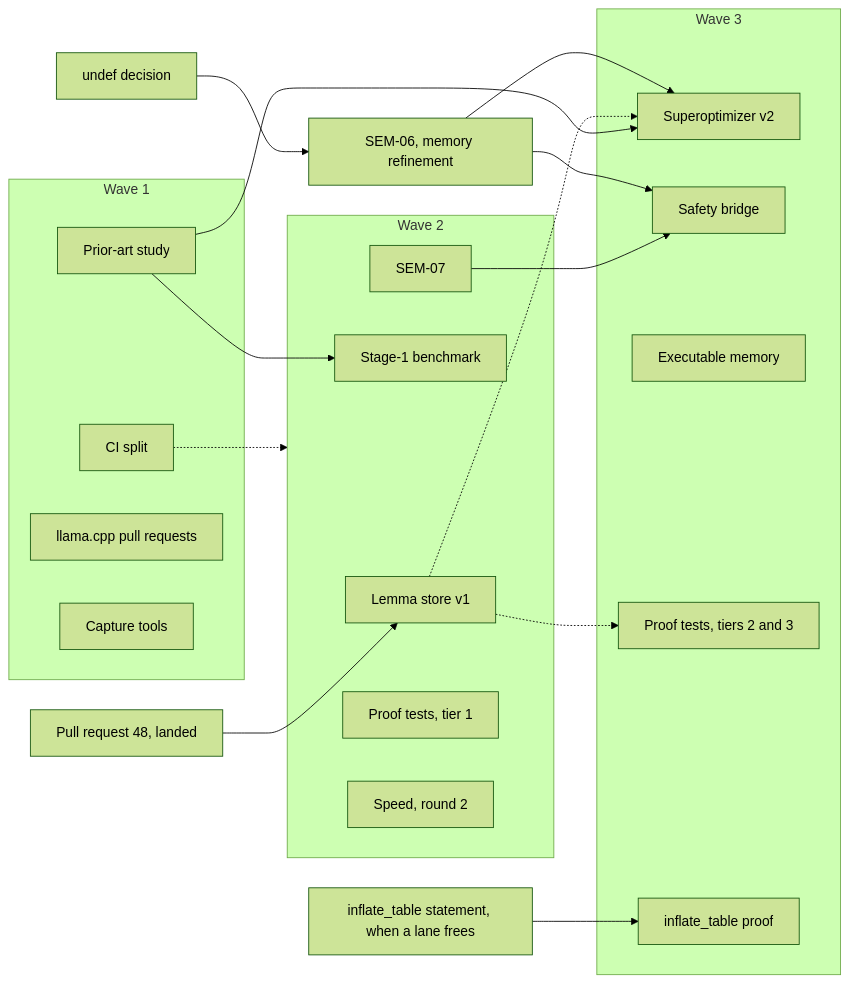
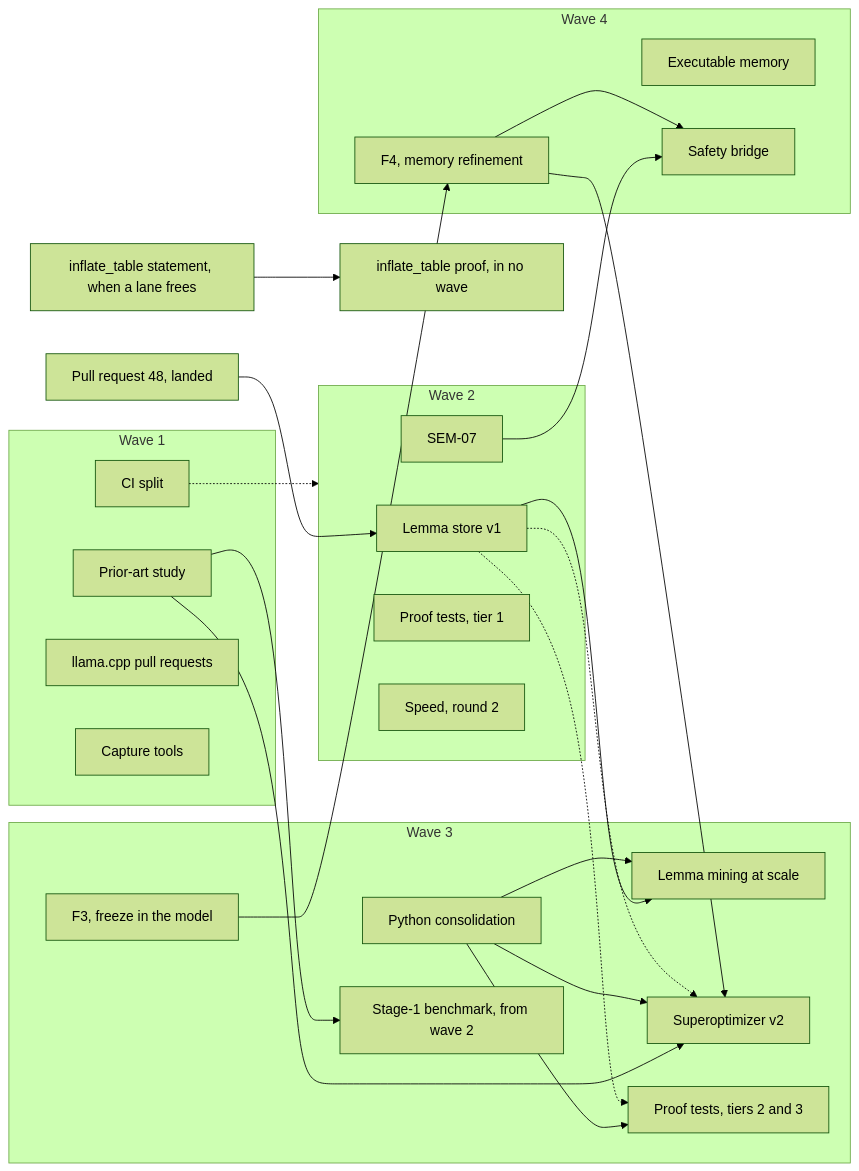
One commit to phongndo/ir-lean changed the second of 2 diagrams in docs/roadmap.md. Above: the diagram before and after it, drawn with Mermaid (forest theme). The commit also changed other lines of this file, not shown here.

Commit message:
Record the maintainer's three decisions of 2026-11-09: freeze in the model with undef kept out, the parked goal's metric, and Python as glue, with waves 3 and 4 reordered to match

````diff
--- a/docs/roadmap.md
+++ b/docs/roadmap.md
@@ -207,35 +251,45 @@
 ```mermaid
 flowchart LR
   subgraph W1[Wave 1]
     CI[CI split]
     STUDY[Prior-art study]
     RESCUE[llama.cpp pull requests]
     CAPTURE[Capture tools]
   end
   subgraph W2[Wave 2]
     STORE[Lemma store v1]
-    BENCH[Stage-1 benchmark]
     SEM07[SEM-07]
     PT1[Proof tests, tier 1]
     SPEED[Speed, round 2]
   end
   subgraph W3[Wave 3]
+    PY[Python consolidation]
+    F3[F3, freeze in the model]
+    BENCH[Stage-1 benchmark, from wave 2]
+    MINE[Lemma mining at scale]
     SO2[Superoptimizer v2]
+    PT3[Proof tests, tiers 2 and 3]
+  end
+  subgraph W4[Wave 4]
+    EXEC[Executable memory]
+    F4[F4, memory refinement]
     BRIDGE[Safety bridge]
-    EXEC[Executable memory]
-    PT3[Proof tests, tiers 2 and 3]
-    PROOF[inflate_table proof]
   end
   STMT[inflate_table statement, when a lane frees]
+  PROOF[inflate_table proof, in no wave]
   PR48[Pull request 48, landed] --> STORE
   STUDY --> SO2
   STUDY --> BENCH
   SEM07 --> BRIDGE
   STMT --> PROOF
+  STORE --> MINE
+  PY --> MINE
+  PY --> SO2
+  PY --> PT3
+  F3 --> F4
+  F4 --> BRIDGE
+  F4 --> SO2
   CI -.-> W2
   STORE -.-> SO2
   STORE -.-> PT3
-  UNDEF[undef decision] --> SEM06[SEM-06, memory refinement]
-  SEM06 --> BRIDGE
-  SEM06 --> SO2
 ```
````
